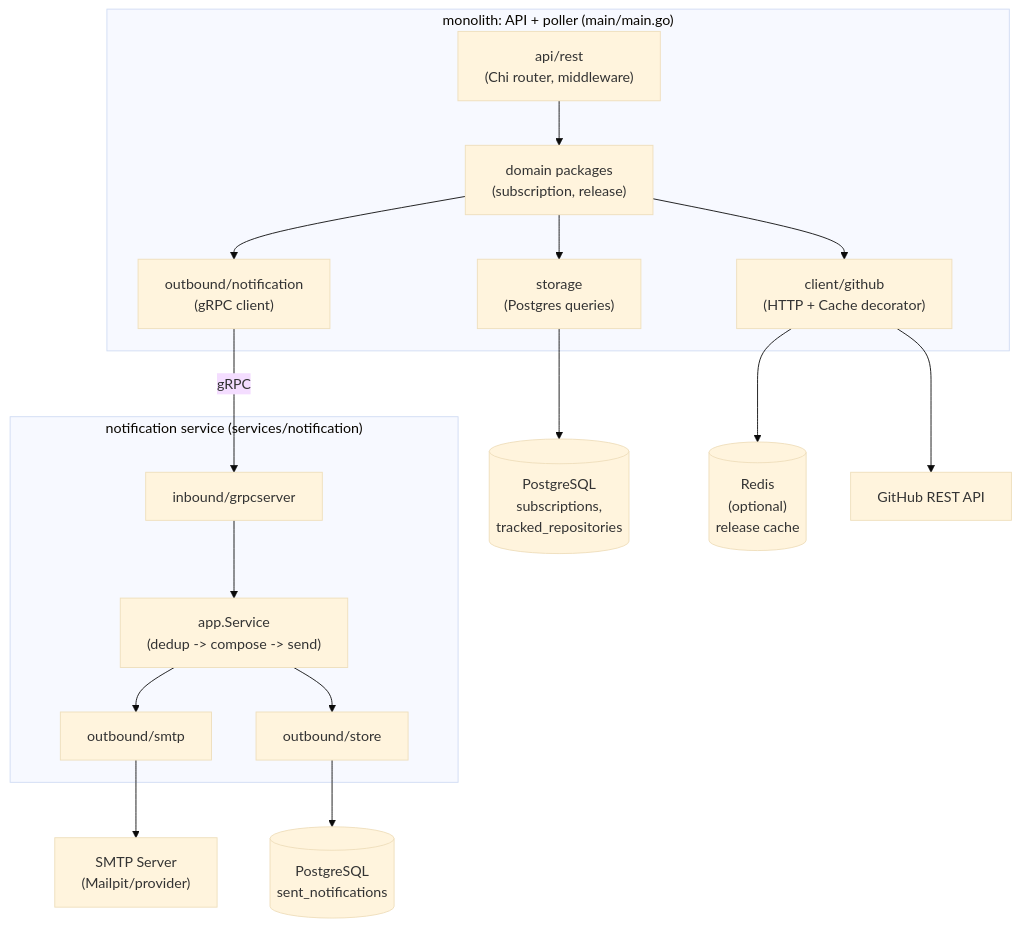
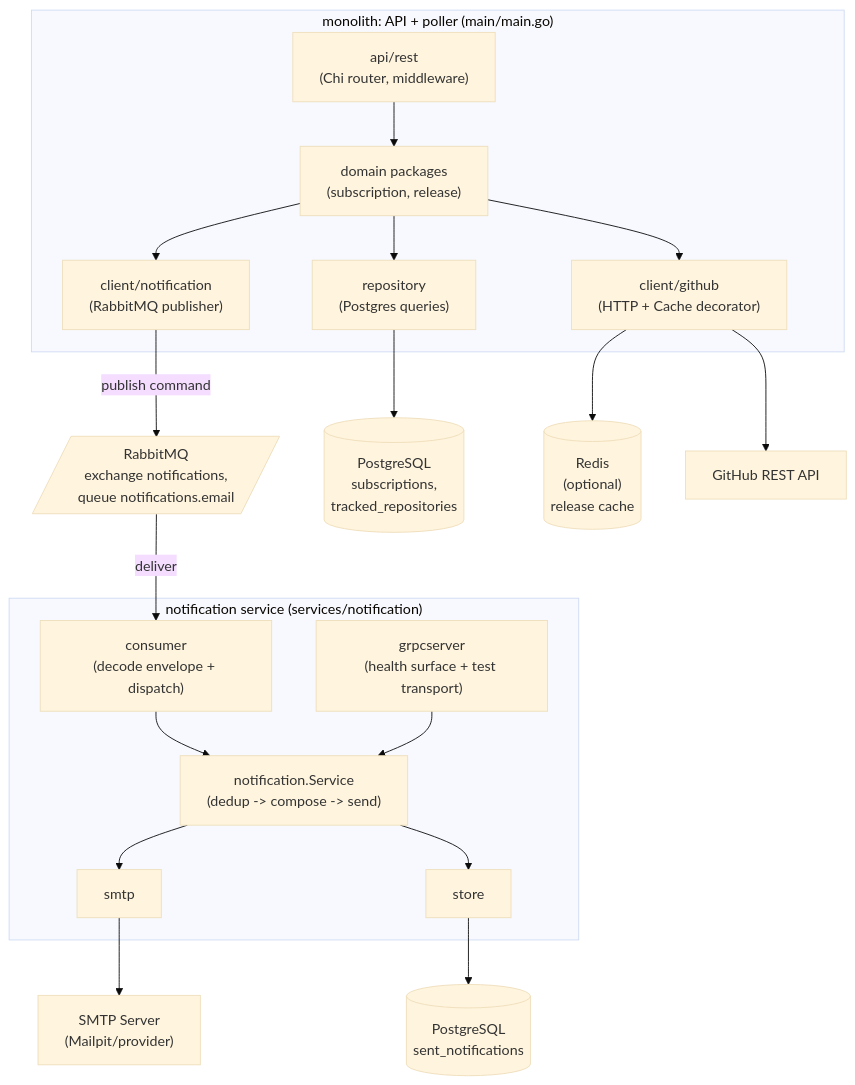
One commit to GenesisEducationKyiv/software-engineering-school-6-0-mashta-lilia changed the second of 5 diagrams in docs/system-design.md. Above: the diagram before and after it, drawn with Mermaid (base theme). The commit also changed other lines of this file, not shown here.

First line of the commit message:
docs(system-design): sync to the async RabbitMQ architecture

````diff
--- a/docs/system-design.md
+++ b/docs/system-design.md
@@ -87,39 +87,44 @@
 ```mermaid
 graph TB
     subgraph Monolith["monolith: API + poller (main/main.go)"]
         API["api/rest<br/>(Chi router, middleware)"]
         Domains["domain packages<br/>(subscription, release)"]
-        Repo["storage<br/>(Postgres queries)"]
+        Repo["repository<br/>(Postgres queries)"]
         GHC["client/github<br/>(HTTP + Cache decorator)"]
-        NotifyClient["outbound/notification<br/>(gRPC client)"]
+        NotifyClient["client/notification<br/>(RabbitMQ publisher)"]
 
         API --> Domains
         Domains --> Repo
         Domains --> GHC
         Domains --> NotifyClient
     end
 
+    Broker[/"RabbitMQ<br/>exchange notifications,<br/>queue notifications.email"/]
+
     subgraph Notification["notification service (services/notification)"]
-        GRPC["inbound/grpcserver"]
-        NotificationApp["app.Service<br/>(dedup -> compose -> send)"]
-        SMTPAdapter["outbound/smtp"]
-        Ledger["outbound/store"]
+        Consumer["consumer<br/>(decode envelope + dispatch)"]
+        GRPC["grpcserver<br/>(health surface + test transport)"]
+        NotificationApp["notification.Service<br/>(dedup -> compose -> send)"]
+        SMTPAdapter["smtp"]
+        Ledger["store"]
 
+        Consumer --> NotificationApp
         GRPC --> NotificationApp
         NotificationApp --> SMTPAdapter
         NotificationApp --> Ledger
     end
 
     DB[("PostgreSQL<br/>subscriptions,<br/>tracked_repositories")]
     NotifyDB[("PostgreSQL<br/>sent_notifications")]
     Cache[("Redis<br/>(optional)<br/>release cache")]
     GitHub["GitHub REST API"]
     SMTPSrv["SMTP Server<br/>(Mailpit/provider)"]
 
     Repo --> DB
     GHC --> Cache
     GHC --> GitHub
-    NotifyClient -- "gRPC" --> GRPC
+    NotifyClient -- "publish command" --> Broker
+    Broker -- "deliver" --> Consumer
     Ledger --> NotifyDB
     SMTPAdapter --> SMTPSrv
 ```
````
